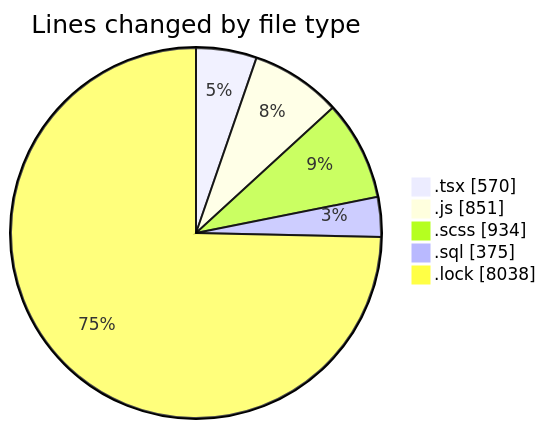
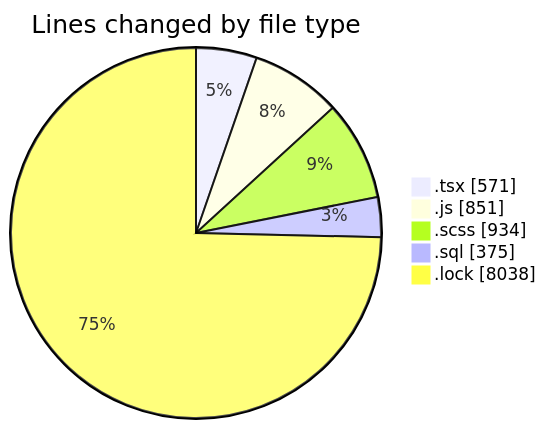
One commit to momahboobian/code-tracking changed the first of 2 diagrams in 2025-03-18/cda/README.md. Above: the diagram before and after it, drawn with Mermaid. The commit also changed other lines of this file and 1 other file, not shown here.

````diff
--- a/2025-03-18/cda/README.md
+++ b/2025-03-18/cda/README.md
@@ -30,9 +30,9 @@
 ```mermaid
 pie showData
 title Lines changed by file type
-".tsx" : 570
+".tsx" : 571
 ".js" : 851
 ".scss" : 934
 ".sql" : 375
 ".lock" : 8038
 ```
````
